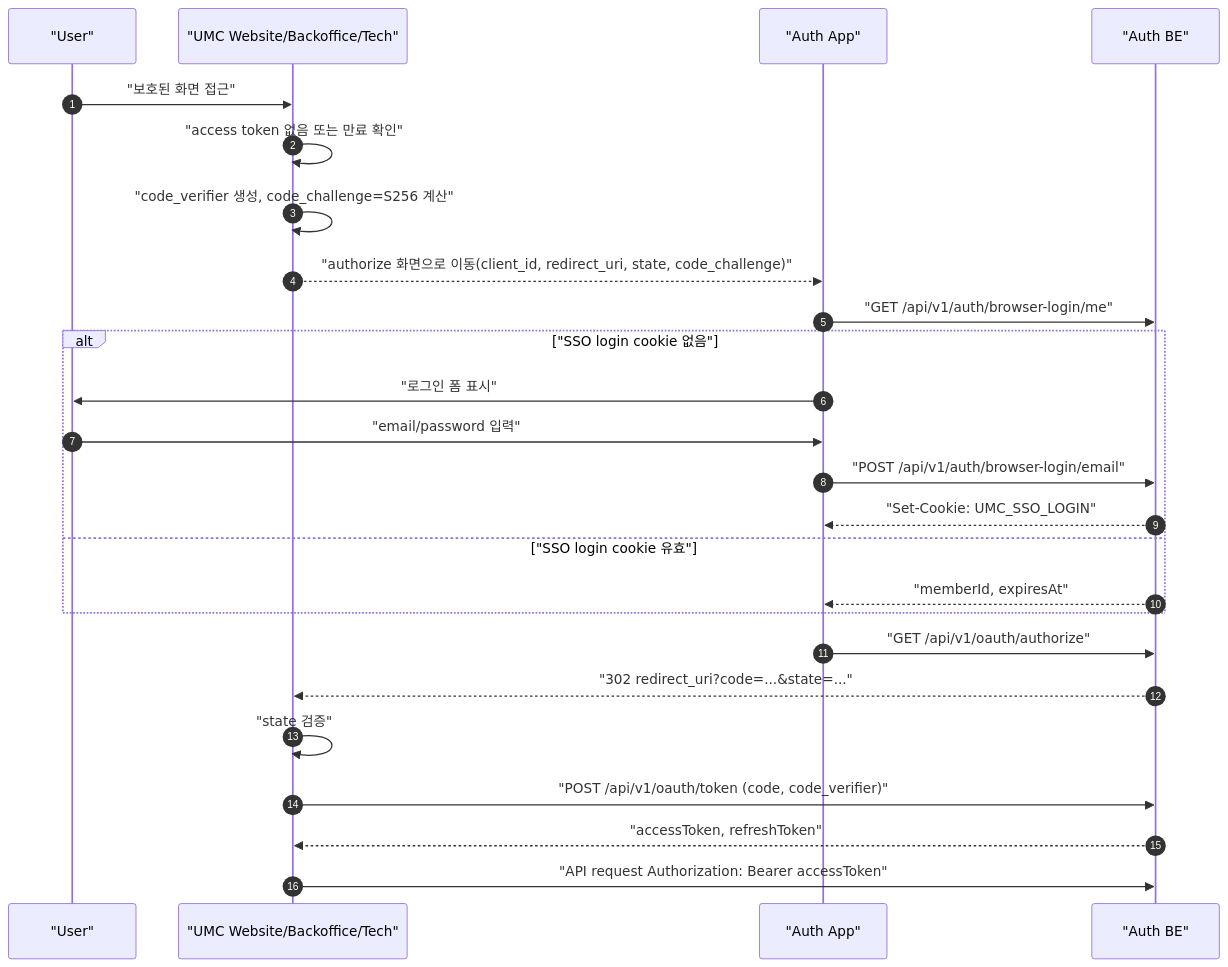
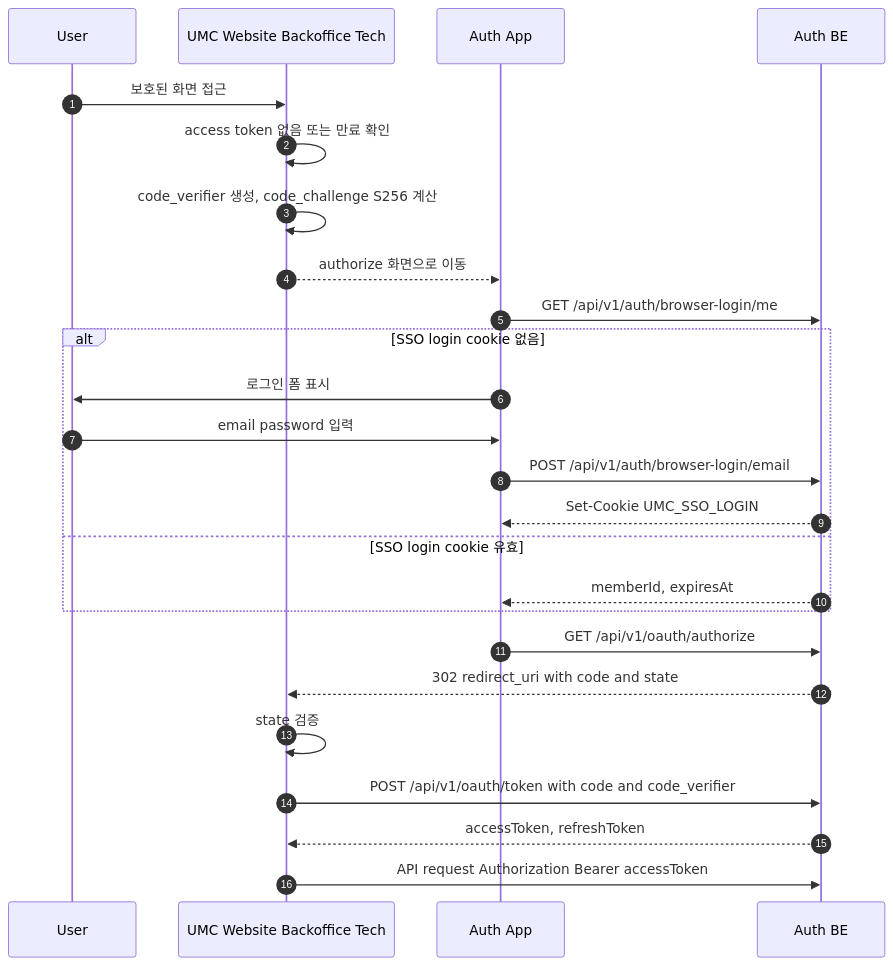
The second of 3 diagrams in docs/onboarding/sso-authentication-flow.md (UMC-PRODUCT/umc-product-server), drawn with Mermaid before and after one commit. The commit also changed other lines of this file, not shown here.

Commit message:
docs: fix sso mermaid sequence syntax

````diff
--- a/docs/onboarding/sso-authentication-flow.md
+++ b/docs/onboarding/sso-authentication-flow.md
@@ -57,30 +57,30 @@
 ```mermaid
 sequenceDiagram
     autonumber
-    participant User as "User"
-    participant Service as "UMC Website/Backoffice/Tech"
-    participant AuthApp as "Auth App"
-    participant AuthBE as "Auth BE"
+    participant User as User
+    participant Service as UMC Website Backoffice Tech
+    participant AuthApp as Auth App
+    participant AuthBE as Auth BE
 
-    User->>Service: "보호된 화면 접근"
-    Service->>Service: "access token 없음 또는 만료 확인"
-    Service->>Service: "code_verifier 생성, code_challenge=S256 계산"
-    Service-->>AuthApp: "authorize 화면으로 이동(client_id, redirect_uri, state, code_challenge)"
+    User->>Service: 보호된 화면 접근
+    Service->>Service: access token 없음 또는 만료 확인
+    Service->>Service: code_verifier 생성, code_challenge S256 계산
+    Service-->>AuthApp: authorize 화면으로 이동
 
-    AuthApp->>AuthBE: "GET /api/v1/auth/browser-login/me"
-    alt "SSO login cookie 없음"
-        AuthApp->>User: "로그인 폼 표시"
-        User->>AuthApp: "email/password 입력"
-        AuthApp->>AuthBE: "POST /api/v1/auth/browser-login/email"
-        AuthBE-->>AuthApp: "Set-Cookie: UMC_SSO_LOGIN"
-    else "SSO login cookie 유효"
-        AuthBE-->>AuthApp: "memberId, expiresAt"
+    AuthApp->>AuthBE: GET /api/v1/auth/browser-login/me
+    alt SSO login cookie 없음
+        AuthApp->>User: 로그인 폼 표시
+        User->>AuthApp: email password 입력
+        AuthApp->>AuthBE: POST /api/v1/auth/browser-login/email
+        AuthBE-->>AuthApp: Set-Cookie UMC_SSO_LOGIN
+    else SSO login cookie 유효
+        AuthBE-->>AuthApp: memberId, expiresAt
     end
 
-    AuthApp->>AuthBE: "GET /api/v1/oauth/authorize"
-    AuthBE-->>Service: "302 redirect_uri?code=...&state=..."
-    Service->>Service: "state 검증"
-    Service->>AuthBE: "POST /api/v1/oauth/token (code, code_verifier)"
-    AuthBE-->>Service: "accessToken, refreshToken"
-    Service->>AuthBE: "API request Authorization: Bearer accessToken"
+    AuthApp->>AuthBE: GET /api/v1/oauth/authorize
+    AuthBE-->>Service: 302 redirect_uri with code and state
+    Service->>Service: state 검증
+    Service->>AuthBE: POST /api/v1/oauth/token with code and code_verifier
+    AuthBE-->>Service: accessToken, refreshToken
+    Service->>AuthBE: API request Authorization Bearer accessToken
 ```
````
